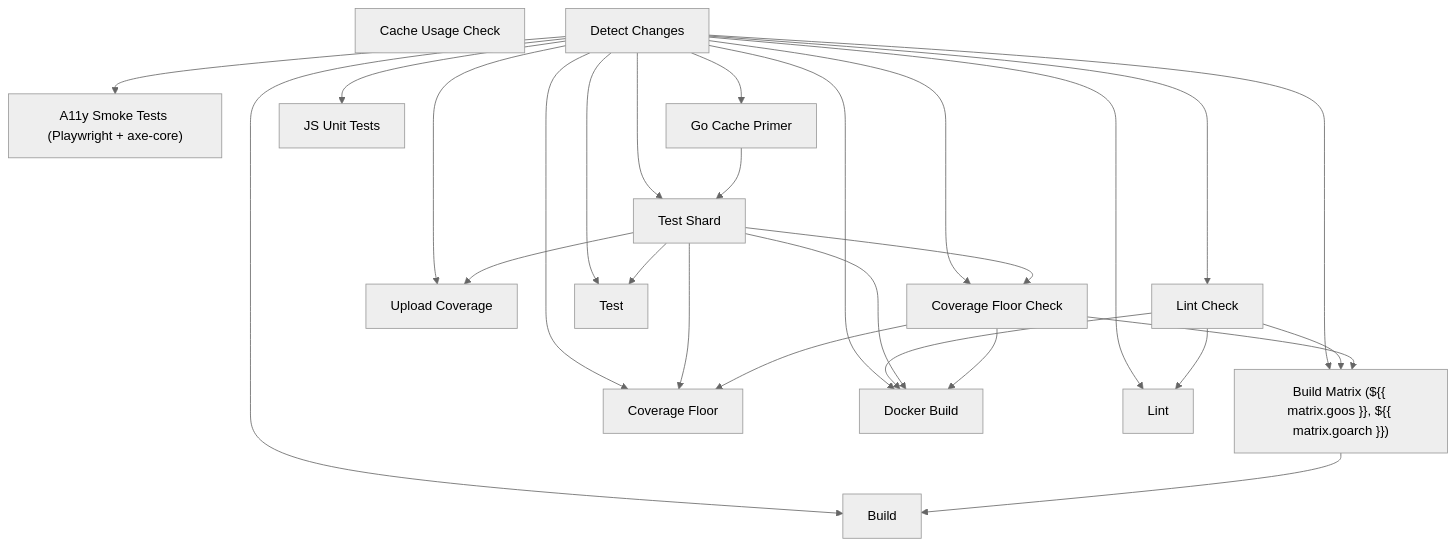
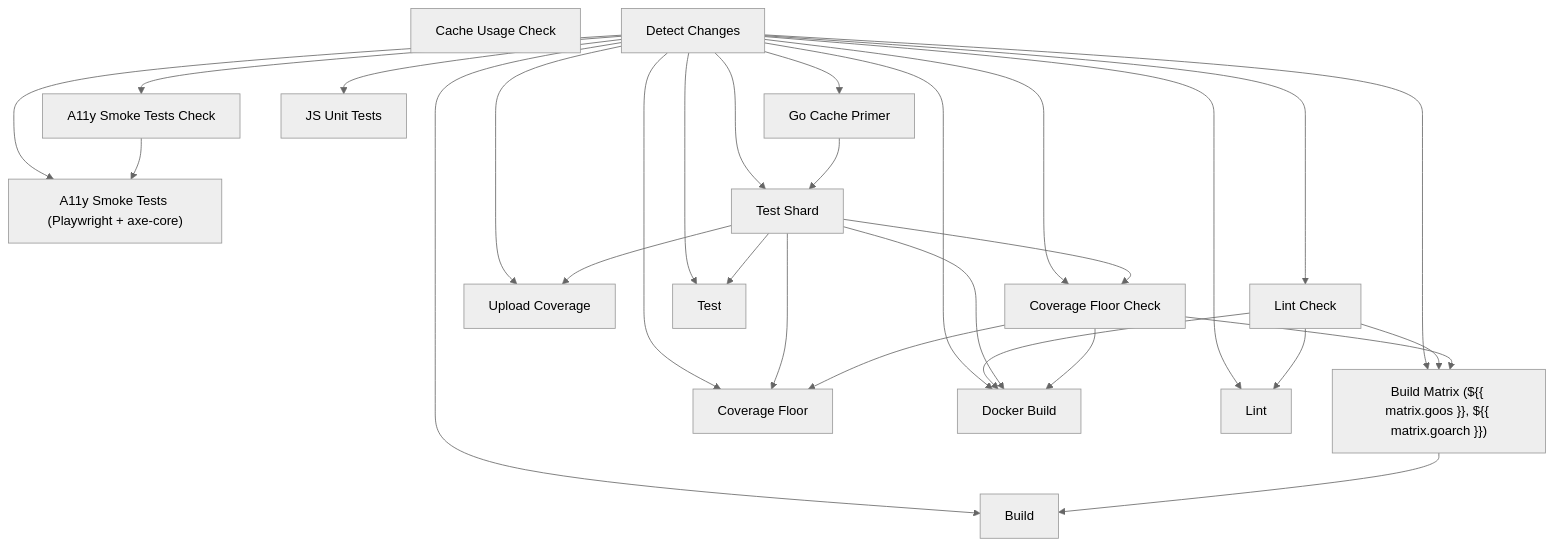
Before and after one commit to sydlexius/stillwater: the diagram in docs/_generated/ci-reference.md, drawn with Mermaid (neutral theme). The commit also changed 6 other files, not shown here.

````diff
--- a/docs/_generated/ci-reference.md
+++ b/docs/_generated/ci-reference.md
@@ -9,45 +9,48 @@
 ```mermaid
 flowchart TD
-    a11y_test["A11y Smoke Tests (Playwright + axe-core)"]
+    a11y_summary["A11y Smoke Tests (Playwright + axe-core)"]
+    a11y_test["A11y Smoke Tests Check"]
     build["Build"]
     build_matrix["Build Matrix (${{ matrix.goos }}, ${{ matrix.goarch }})"]
     cache_usage["Cache Usage Check"]
     changes["Detect Changes"]
     coverage_floor["Coverage Floor Check"]
     coverage_floor_summary["Coverage Floor"]
     coverage_upload["Upload Coverage"]
     docker["Docker Build"]
     go_cache_primer["Go Cache Primer"]
     js_test["JS Unit Tests"]
     lint["Lint Check"]
     lint_summary["Lint"]
     test["Test Shard"]
     test_summary["Test"]
 
+    changes --> a11y_summary
+    a11y_test --> a11y_summary
     changes --> a11y_test
     changes --> build
     build_matrix --> build
     changes --> build_matrix
     lint --> build_matrix
     coverage_floor --> build_matrix
     changes --> coverage_floor
     test --> coverage_floor
     changes --> coverage_floor_summary
     test --> coverage_floor_summary
     coverage_floor --> coverage_floor_summary
     changes --> coverage_upload
     test --> coverage_upload
     changes --> docker
     lint --> docker
     test --> docker
     coverage_floor --> docker
     changes --> go_cache_primer
     changes --> js_test
     changes --> lint
     changes --> lint_summary
     lint --> lint_summary
     changes --> test
     go_cache_primer --> test
     changes --> test_summary
     test --> test_summary
 ```
````
